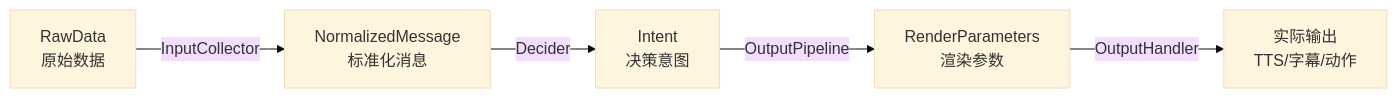
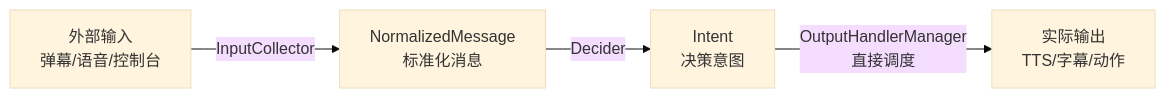
One commit to Mai-with-u/Amaidesu changed the second of 3 diagrams in docs/architecture/overview.md. Above: the diagram before and after it, drawn with Mermaid (base theme). The commit also changed other lines of this file and 32 other files, not shown here.

````diff
--- a/docs/architecture/overview.md
+++ b/docs/architecture/overview.md
@@ -70,7 +72,6 @@
 ```mermaid
 flowchart LR
-    RD[RawData<br/>原始数据] -->|InputCollector| NM[NormalizedMessage<br/>标准化消息]
+    EXT[外部输入<br/>弹幕/语音/控制台] -->|InputCollector| NM[NormalizedMessage<br/>标准化消息]
     NM -->|Decider| I[Intent<br/>决策意图]
-    I -->|OutputPipeline| RP[RenderParameters<br/>渲染参数]
-    RP -->|OutputHandler| AO[实际输出<br/>TTS/字幕/动作]
+    I -->|OutputHandlerManager<br/>直接调度| AO[实际输出<br/>TTS/字幕/动作]
 ```
````
